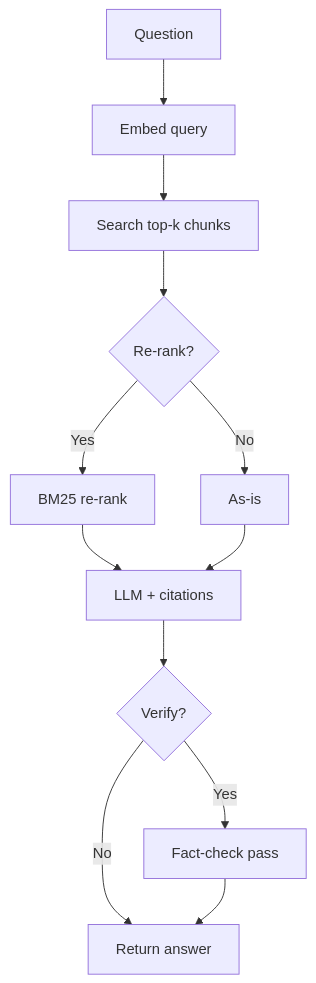
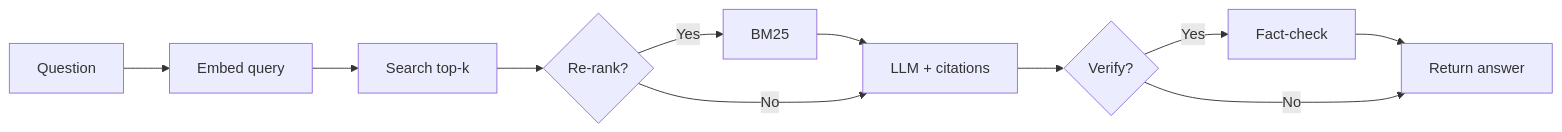
One commit to prthmmkhija1/RAGsystem changed the third of 4 diagrams in README.md. Above: the diagram before and after it, drawn with Mermaid. The commit also changed other lines of this file, not shown here.

````diff
--- a/README.md
+++ b/README.md
@@ -42,14 +38,10 @@
 ```mermaid
-flowchart TD
-    A[Question] --> B[Embed query]
-    B --> C[Search top-k chunks]
+flowchart LR
+    A[Question] --> B[Embed query] --> C[Search top-k]
     C --> D{Re-rank?}
-    D -->|Yes| E[BM25 re-rank]
-    D -->|No| F[As-is]
-    E --> G[LLM + citations]
-    F --> G
+    D -->|Yes| E[BM25] --> G[LLM + citations]
+    D -->|No| G
     G --> H{Verify?}
-    H -->|Yes| I[Fact-check pass]
-    H -->|No| J[Return answer]
-    I --> J
+    H -->|Yes| I[Fact-check] --> J[Return answer]
+    H -->|No| J
 ```
````
